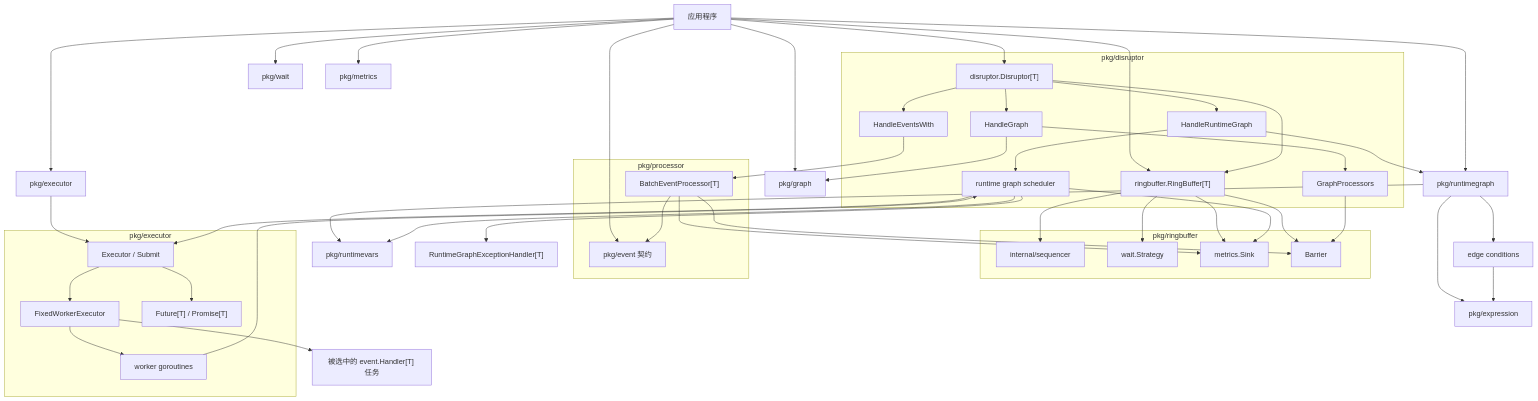
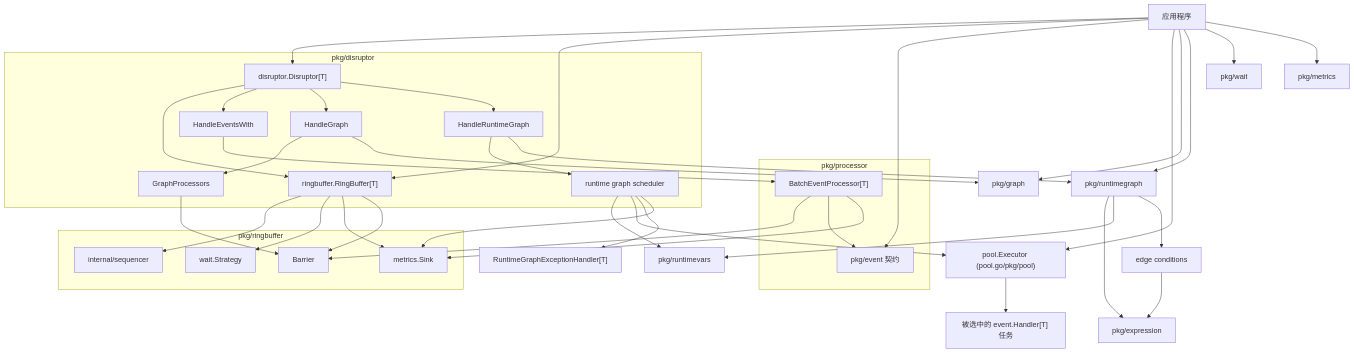
The first of 5 diagrams in README.zh-CN.md (photowey/disruptor.go), drawn with Mermaid before and after one commit. The commit also changed other lines of this file and 32 other files, not shown here.

Commit message:
refactor: use pool.go for runtime graph execution

````diff
--- a/README.zh-CN.md
+++ b/README.zh-CN.md
@@ -163,58 +163,47 @@
 ```mermaid
 flowchart TB
     App["应用程序"] --> D["disruptor.Disruptor[T]"]
     App --> RB["ringbuffer.RingBuffer[T]"]
     App --> EventPkg["pkg/event 契约"]
-    App --> ExecutorAPI["pkg/executor"]
+    App --> PoolAPI["pool.Executor (pool.go/pkg/pool)"]
     App --> GraphPkg["pkg/graph"]
     App --> RuntimeGraphPkg["pkg/runtimegraph"]
     App --> WaitPkg["pkg/wait"]
     App --> MetricsPkg["pkg/metrics"]
     RuntimeGraphPkg --> ExprPkg["pkg/expression"]
     RuntimeGraphPkg --> VarsPkg["pkg/runtimevars"]
 
     subgraph DisruptorPkg["pkg/disruptor"]
         D --> RB
         D --> Fanout["HandleEventsWith"]
         D --> StaticGraph["HandleGraph"]
         D --> RuntimeGraphMode["HandleRuntimeGraph"]
         StaticGraph --> GP["GraphProcessors"]
         RuntimeGraphMode --> RSP["runtime graph scheduler"]
     end
 
     subgraph RingBufferPkg["pkg/ringbuffer"]
         RB --> S["internal/sequencer"]
         RB --> W["wait.Strategy"]
         RB --> M["metrics.Sink"]
         RB --> B["Barrier"]
     end
 
     subgraph ProcessorPkg["pkg/processor"]
         Fanout --> P["BatchEventProcessor[T]"]
         P --> B
         P --> EventPkg
     end
 
-    subgraph ExecutorInternals["pkg/executor"]
-        Exec["Executor / Submit"]
-        Pool["FixedWorkerExecutor"]
-        Fut["Future[T] / Promise[T]"]
-        Exec --> Pool
-        Exec --> Fut
-        Pool --> Worker["worker goroutines"]
-    end
-
     GP --> B
     StaticGraph --> GraphPkg
     RuntimeGraphMode --> RuntimeGraphPkg
     RuntimeGraphPkg --> EC["edge conditions"]
     EC --> ExprPkg
     RSP --> VarsPkg
-    ExecutorAPI --> Exec
-    RSP --> Exec
-    Pool --> RH["被选中的 event.Handler[T] 任务"]
-    Worker --> RSP
+    RSP --> PoolAPI
+    PoolAPI --> RH["被选中的 event.Handler[T] 任务"]
     RSP --> RE["RuntimeGraphExceptionHandler[T]"]
     P --> M
     RSP --> M
 ```
````
